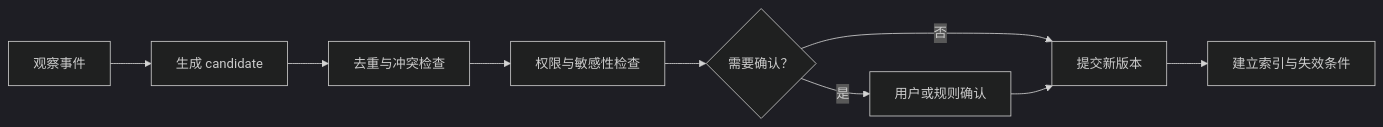
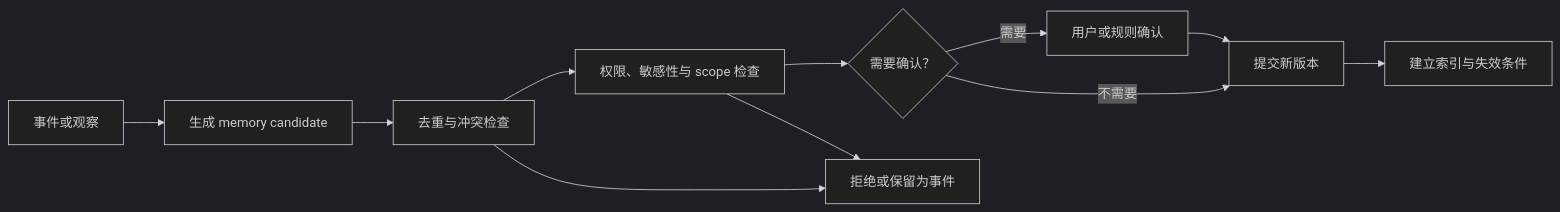
The diagram in context-engineering/11-memory-engineering.md (nowhere-man/agents-from-scratch), drawn with Mermaid (dark theme) before and after one commit. The commit also changed other lines of this file and 12 other files, not shown here.

````diff
--- a/context-engineering/11-memory-engineering.md
+++ b/context-engineering/11-memory-engineering.md
@@ -87,11 +148,13 @@
 ```mermaid
 flowchart LR
-    A["观察事件"] --> B["生成 candidate"]
+    A["事件或观察"] --> B["生成 memory candidate"]
     B --> C["去重与冲突检查"]
-    C --> D["权限与敏感性检查"]
+    C --> D["权限、敏感性与 scope 检查"]
     D --> E{"需要确认？"}
-    E -->|是| F["用户或规则确认"]
-    E -->|否| G["提交新版本"]
+    E -->|需要| F["用户或规则确认"]
+    E -->|不需要| G["提交新版本"]
     F --> G
     G --> H["建立索引与失效条件"]
+    C --> I["拒绝或保留为事件"]
+    D --> I
 ```
````
